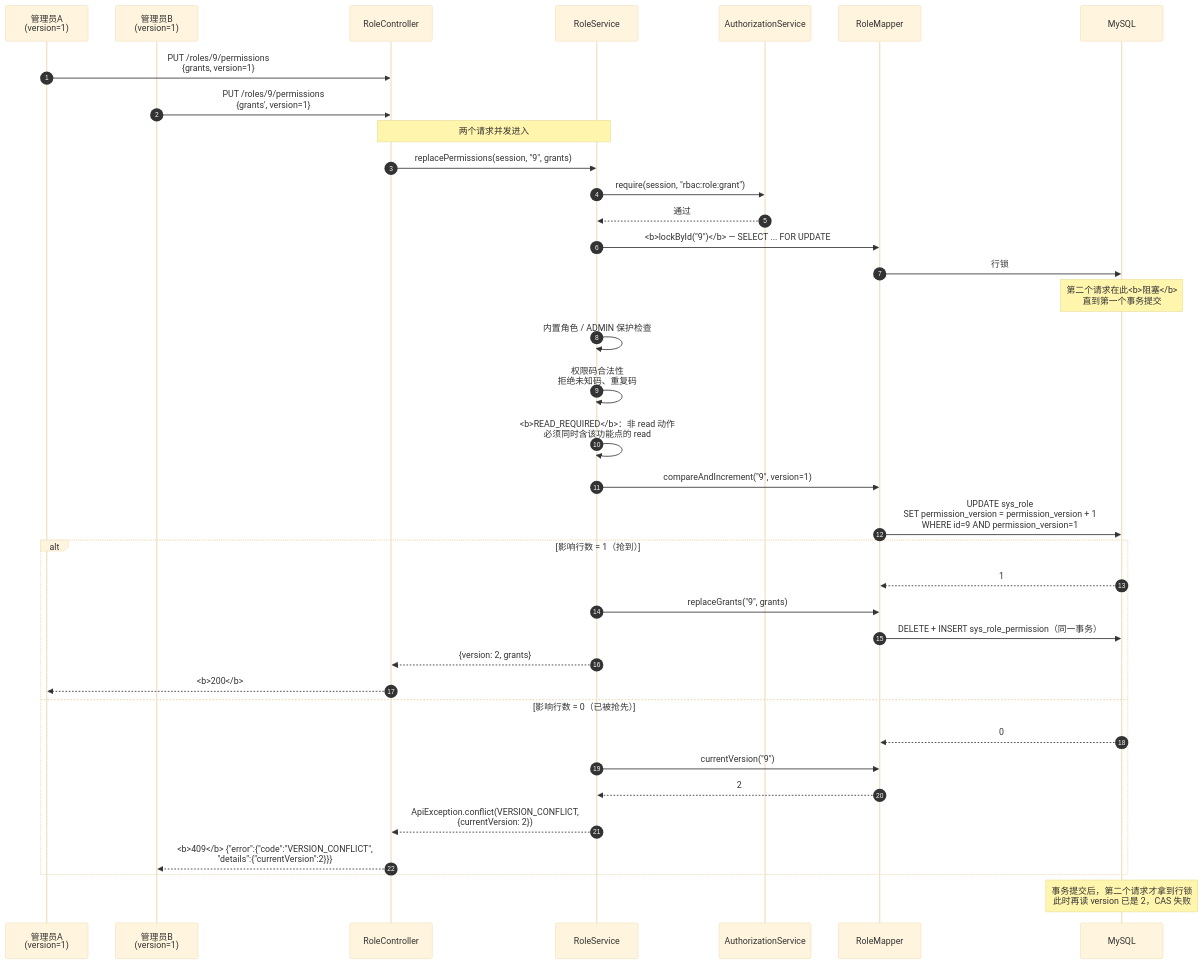
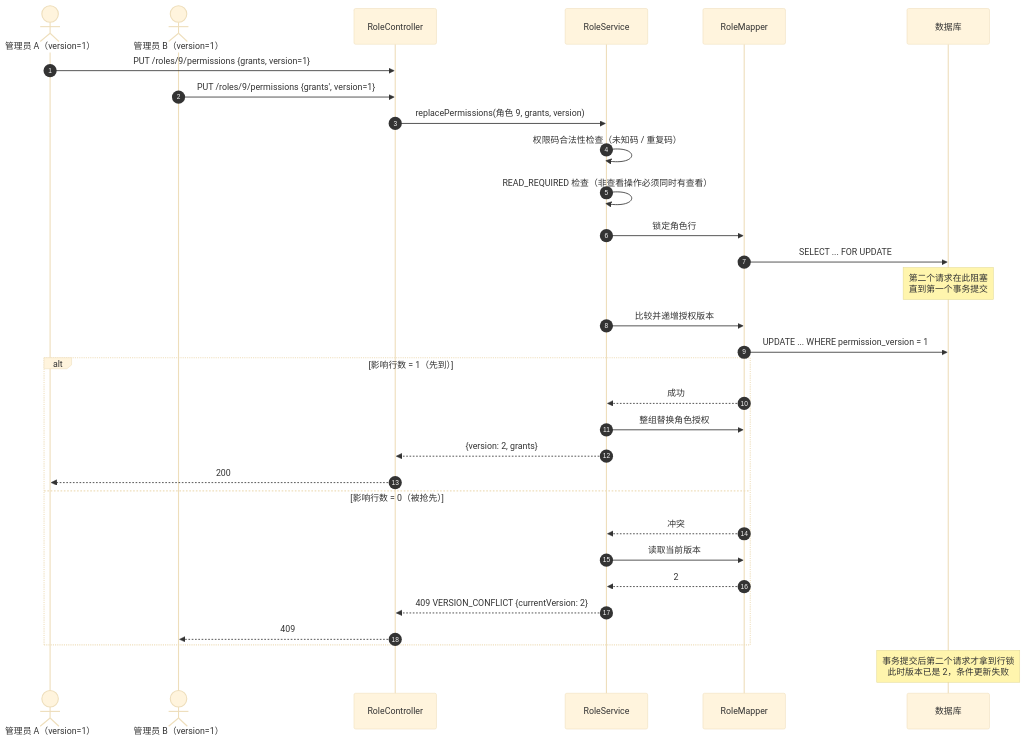
Before and after one commit to wenjiu-leng66/OO-d: the fourth of 6 diagrams in docs/uml/sequence-diagrams.md, drawn with Mermaid (base theme). The commit also changed other lines of this file and 4 other files, not shown here.

First line of the commit message:
docs(uml): 按需求驱动重做模型与设计图

````diff
--- a/docs/uml/sequence-diagrams.md
+++ b/docs/uml/sequence-diagrams.md
@@ -143,47 +240,37 @@
 ```mermaid
 sequenceDiagram
   autonumber
-  participant B1 as 管理员A<br/>(version=1)
-  participant B2 as 管理员B<br/>(version=1)
+  actor A1 as 管理员 A（version=1）
+  actor A2 as 管理员 B（version=1）
   participant C as RoleController
   participant S as RoleService
-  participant A as AuthorizationService
-  participant RM as RoleMapper
-  participant DB as MySQL
+  participant R as RoleMapper
+  participant DB as 数据库
 
-  B1->>C: PUT /roles/9/permissions<br/>{grants, version=1}
-  B2->>C: PUT /roles/9/permissions<br/>{grants', version=1}
+  A1->>C: PUT /roles/9/permissions {grants, version=1}
+  A2->>C: PUT /roles/9/permissions {grants', version=1}
 
-  Note over C,S: 两个请求并发进入
+  C->>S: replacePermissions(角色 9, grants, version)
+  S->>S: 权限码合法性检查（未知码 / 重复码）
+  S->>S: READ_REQUIRED 检查（非查看操作必须同时有查看）
+  S->>R: 锁定角色行
+  R->>DB: SELECT ... FOR UPDATE
+  Note over DB: 第二个请求在此阻塞<br/>直到第一个事务提交
 
-  C->>S: replacePermissions(session, "9", grants)
-  S->>A: require(session, "rbac:role:grant")
-  A-->>S: 通过
-
-  S->>RM: <b>lockById("9")</b> — SELECT ... FOR UPDATE
-  RM->>DB: 行锁
-  Note over DB: 第二个请求在此<b>阻塞</b><br/>直到第一个事务提交
-
-  S->>S: 内置角色 / ADMIN 保护检查
-  S->>S: 权限码合法性<br/>拒绝未知码、重复码
-  S->>S: <b>READ_REQUIRED</b>：非 read 动作<br/>必须同时含该功能点的 read
-
-  S->>RM: compareAndIncrement("9", version=1)
-  RM->>DB: UPDATE sys_role<br/>SET permission_version = permission_version + 1<br/>WHERE id=9 AND permission_version=1
-
-  alt 影响行数 = 1（抢到）
-    DB-->>RM: 1
-    S->>RM: replaceGrants("9", grants)
-    RM->>DB: DELETE + INSERT sys_role_permission（同一事务）
+  S->>R: 比较并递增授权版本
+  R->>DB: UPDATE ... WHERE permission_version = 1
+  alt 影响行数 = 1（先到）
+    R-->>S: 成功
+    S->>R: 整组替换角色授权
     S-->>C: {version: 2, grants}
-    C-->>B1: <b>200</b>
-  else 影响行数 = 0（已被抢先）
-    DB-->>RM: 0
-    S->>RM: currentVersion("9")
-    RM-->>S: 2
-    S-->>C: ApiException.conflict(VERSION_CONFLICT,<br/>{currentVersion: 2})
-    C-->>B2: <b>409</b> {"error":{"code":"VERSION_CONFLICT",<br/>"details":{"currentVersion":2}}}
+    C-->>A1: 200
+  else 影响行数 = 0（被抢先）
+    R-->>S: 冲突
+    S->>R: 读取当前版本
+    R-->>S: 2
+    S-->>C: 409 VERSION_CONFLICT {currentVersion: 2}
+    C-->>A2: 409
   end
 
-  Note over DB: 事务提交后，第二个请求才拿到行锁<br/>此时再读 version 已是 2，CAS 失败
+  Note over DB: 事务提交后第二个请求才拿到行锁<br/>此时版本已是 2，条件更新失败
 ```
````
